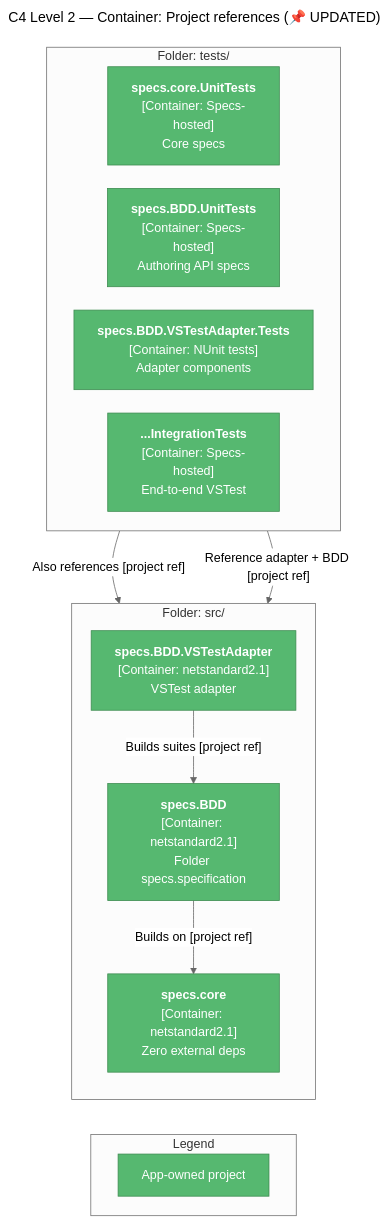
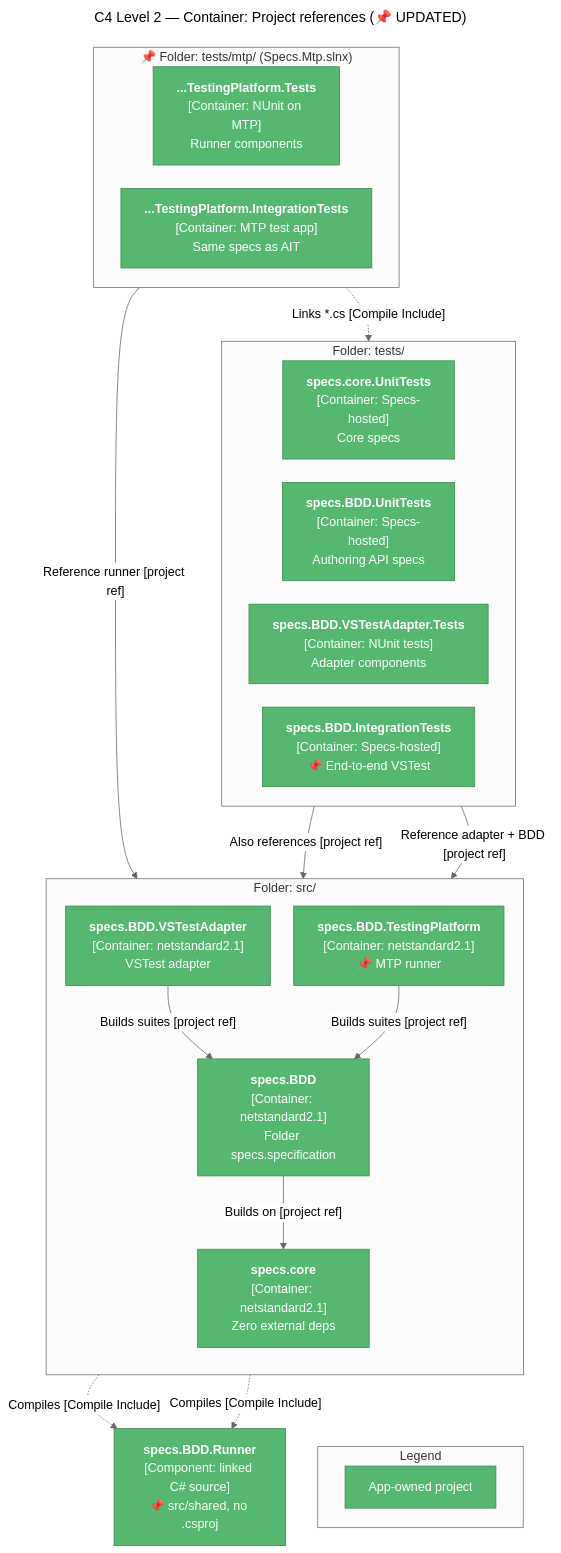
One commit to yozepi/Specs changed the second of 3 diagrams in memory-bank/techContext.md. Above: the diagram before and after it, drawn with Mermaid. The commit also changed other lines of this file and 103 other files, not shown here.

First line of the commit message:
Add Microsoft.Testing.Platform runner for Specs (#3)

````diff
--- a/memory-bank/techContext.md
+++ b/memory-bank/techContext.md
@@ -69,35 +72,49 @@
 ```mermaid
 ---
 title: "C4 Level 2 — Container: Project references (📌 UPDATED)"
 ---
 %%{init: {'theme': 'neutral', 'flowchart': {'nodeSpacing': 30, 'rankSpacing': 45, 'wrappingWidth': 160}}}%%
 flowchart TD
     subgraph TESTS["Folder: tests/"]
         direction LR
         CUT["<b>specs.core.UnitTests</b><br/>[Container: Specs-hosted]<br/>Core specs"]:::app
         BUT["<b>specs.BDD.UnitTests</b><br/>[Container: Specs-hosted]<br/>Authoring API specs"]:::app
         AUT["<b>specs.BDD.VSTestAdapter.Tests</b><br/>[Container: NUnit tests]<br/>Adapter components"]:::app
-        AIT["<b>...IntegrationTests</b><br/>[Container: Specs-hosted]<br/>End-to-end VSTest"]:::app
+        AIT["<b>specs.BDD.IntegrationTests</b><br/>[Container: Specs-hosted]<br/>📌 End-to-end VSTest"]:::app
+    end
+
+    subgraph MTPT["📌 Folder: tests/mtp/ (Specs.Mtp.slnx)"]
+        direction LR
+        TPT["<b>...TestingPlatform.Tests</b><br/>[Container: NUnit on MTP]<br/>Runner components"]:::app
+        TPI["<b>...TestingPlatform.IntegrationTests</b><br/>[Container: MTP test app]<br/>Same specs as AIT"]:::app
     end
 
     subgraph SRC["Folder: src/"]
         direction TB
         ADP["<b>specs.BDD.VSTestAdapter</b><br/>[Container: netstandard2.1]<br/>VSTest adapter"]:::app
+        TP["<b>specs.BDD.TestingPlatform</b><br/>[Container: netstandard2.1]<br/>📌 MTP runner"]:::app
         BDD["<b>specs.BDD</b><br/>[Container: netstandard2.1]<br/>Folder specs.specification"]:::app
         CORE["<b>specs.core</b><br/>[Container: netstandard2.1]<br/>Zero external deps"]:::app
     end
 
-    TESTS -->|"Reference adapter + BDD [project ref]"| SRC
+    SHR["<b>specs.BDD.Runner</b><br/>[Component: linked C# source]<br/>📌 src/shared, no .csproj"]:::app
+
+    TESTS -->|"Reference adapter + BDD [project ref]"| ADP
+    MTPT -->|"Reference runner [project ref]"| TP
+    TPI -.->|"Links *.cs [Compile Include]"| AIT
+    ADP -.->|"Compiles [Compile Include]"| SHR
+    TP -.->|"Compiles [Compile Include]"| SHR
+    ADP -->|"Builds suites [project ref]"| BDD
+    TP -->|"Builds suites [project ref]"| BDD
+    BDD -->|"Builds on [project ref]"| CORE
     CUT -->|"Also references [project ref]"| CORE
-    ADP -->|"Builds suites [project ref]"| BDD
-    BDD -->|"Builds on [project ref]"| CORE
 
     subgraph LEGEND["Legend"]
         direction LR
         L1["App-owned project"]:::app
     end
 
     CORE ~~~ LEGEND
 
     classDef app fill:#56B870,stroke:#3D8B50,color:#fff
 ```
````
